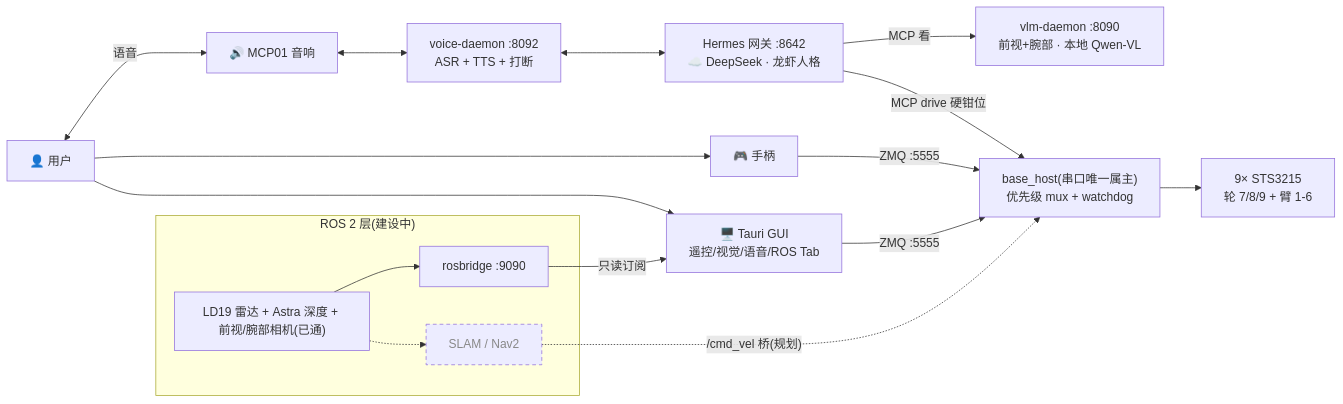
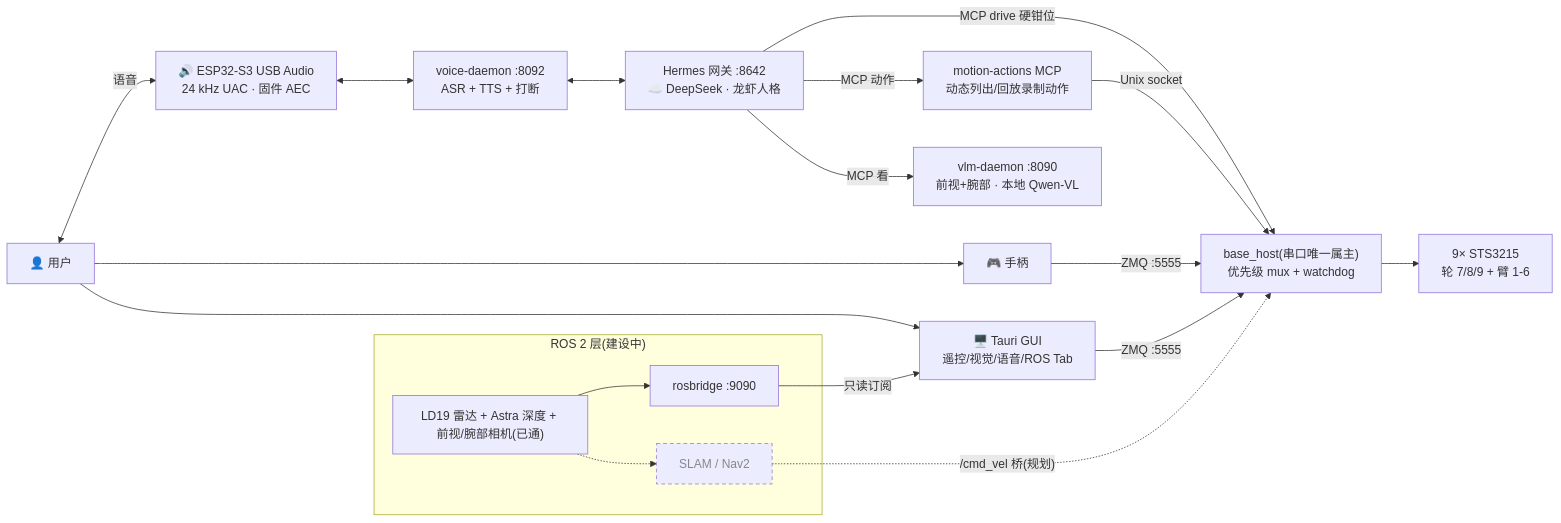
The first of 4 diagrams in README.md (vitorcen/lekiwi-jetson-orin), drawn with Mermaid before and after one commit. The commit also changed other lines of this file and 5 other files, not shown here.

````diff
--- a/README.md
+++ b/README.md
@@ -43,30 +47,32 @@
 ```mermaid
 flowchart LR
     U["👤 用户"]
     PAD[🎮 手柄]
     GUI["🖥️ Tauri GUI<br/>遥控/视觉/语音/ROS Tab"]
-    SPK[🔊 MCP01 音响]
+    SPK["🔊 ESP32-S3 USB Audio<br/>24 kHz UAC · 固件 AEC"]
 
     VOICE["voice-daemon :8092<br/>ASR + TTS + 打断"]
     HERMES["Hermes 网关 :8642<br/>☁️ DeepSeek · 龙虾人格"]
     VLM["vlm-daemon :8090<br/>前视+腕部 · 本地 Qwen-VL"]
+    MAMCP["motion-actions MCP<br/>动态列出/回放录制动作"]
 
     BH["base_host(串口唯一属主)<br/>优先级 mux + watchdog"]
     MOT["9× STS3215<br/>轮 7/8/9 + 臂 1-6"]
 
     subgraph ROS2["ROS 2 层(建设中)"]
         SENS["LD19 雷达 + Astra 深度 + 前视/腕部相机(已通)"]
         RB["rosbridge :9090"]
         NAV["SLAM / Nav2"]:::plan
     end
 
     U --> PAD & GUI
     U <-->|语音| SPK <--> VOICE <--> HERMES
     HERMES -->|MCP 看| VLM
     HERMES -->|MCP drive 硬钳位| BH
+    HERMES -->|MCP 动作| MAMCP -->|Unix socket| BH
     PAD & GUI -->|ZMQ :5555| BH --> MOT
     SENS --> RB -->|只读订阅| GUI
     SENS -.-> NAV -.->|"/cmd_vel 桥(规划)"| BH
 
     classDef plan stroke-dasharray:5 4,color:#888;
 ```
````
